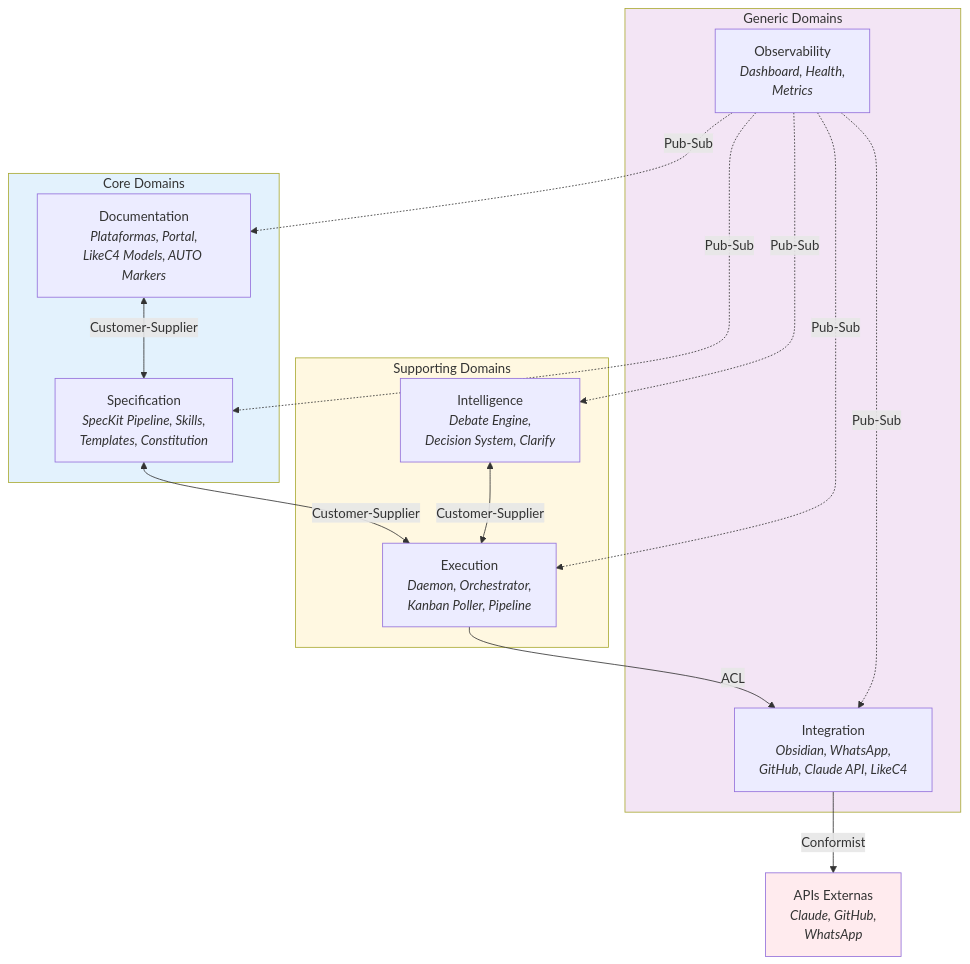
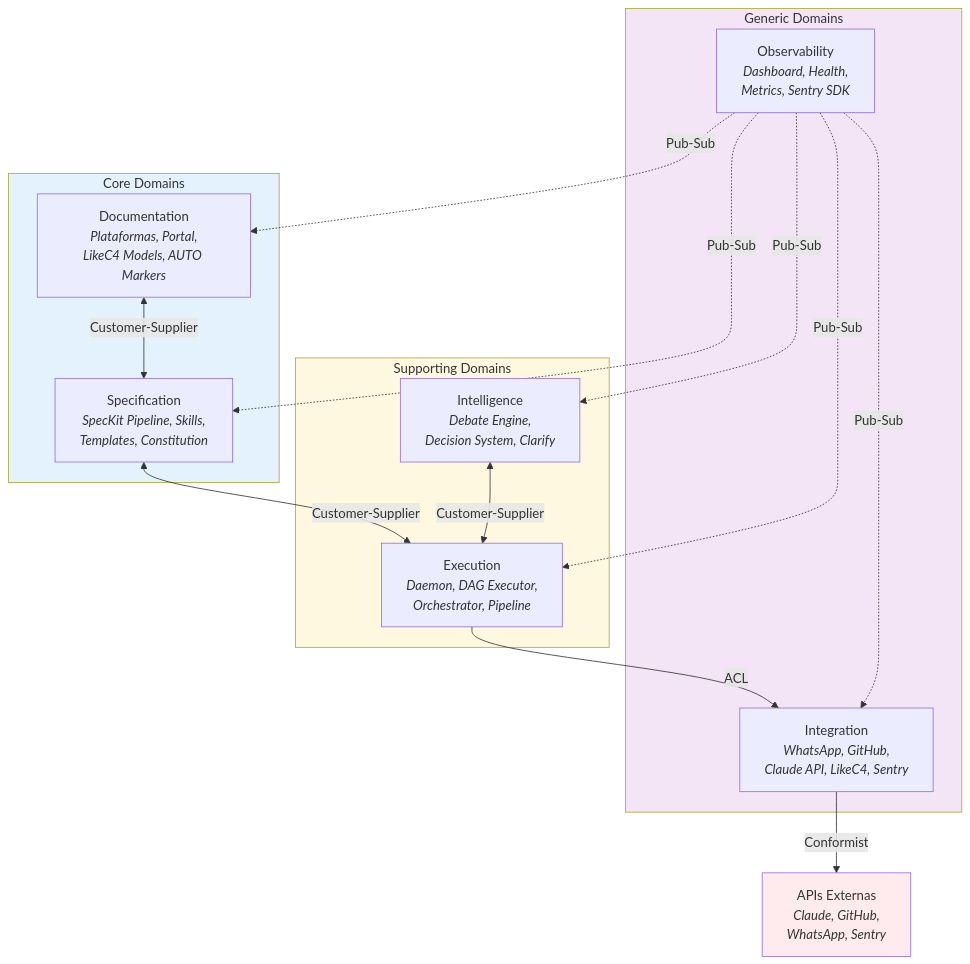
Before and after one commit to paceautomations/madruga.ai: the diagram in platforms/madruga-ai/engineering/context-map.md, drawn with Mermaid. The commit also changed other lines of this file and 12 other files, not shown here.

````diff
--- a/platforms/madruga-ai/engineering/context-map.md
+++ b/platforms/madruga-ai/engineering/context-map.md
@@ -11,33 +11,33 @@
 ```mermaid
 graph TB
     subgraph core["Core Domains"]
         doc["Documentation<br/><i>Plataformas, Portal,<br/>LikeC4 Models, AUTO Markers</i>"]
         spec["Specification<br/><i>SpecKit Pipeline, Skills,<br/>Templates, Constitution</i>"]
     end
 
     subgraph supporting["Supporting Domains"]
-        exec["Execution<br/><i>Daemon, Orchestrator,<br/>Kanban Poller, Pipeline</i>"]
+        exec["Execution<br/><i>Daemon, DAG Executor,<br/>Orchestrator, Pipeline</i>"]
         intel["Intelligence<br/><i>Debate Engine,<br/>Decision System, Clarify</i>"]
     end
 
     subgraph generic["Generic Domains"]
-        integ["Integration<br/><i>Obsidian, WhatsApp,<br/>GitHub, Claude API, LikeC4</i>"]
-        obs["Observability<br/><i>Dashboard, Health,<br/>Metrics</i>"]
+        integ["Integration<br/><i>WhatsApp, GitHub,<br/>Claude API, LikeC4, Sentry</i>"]
+        obs["Observability<br/><i>Dashboard, Health,<br/>Metrics, Sentry SDK</i>"]
     end
 
     doc <-->|"Customer-Supplier"| spec
     spec <-->|"Customer-Supplier"| exec
     exec -->|"ACL"| integ
     intel <-->|"Customer-Supplier"| exec
     obs -.->|"Pub-Sub"| doc
     obs -.->|"Pub-Sub"| spec
     obs -.->|"Pub-Sub"| exec
     obs -.->|"Pub-Sub"| intel
     obs -.->|"Pub-Sub"| integ
-    integ -->|"Conformist"| ext["APIs Externas<br/><i>Claude, GitHub,<br/>WhatsApp</i>"]
+    integ -->|"Conformist"| ext["APIs Externas<br/><i>Claude, GitHub,<br/>WhatsApp, Sentry</i>"]
 
     style core fill:#E3F2FD
     style supporting fill:#FFF8E1
     style generic fill:#F3E5F5
     style ext fill:#FFEBEE
 ```
````
